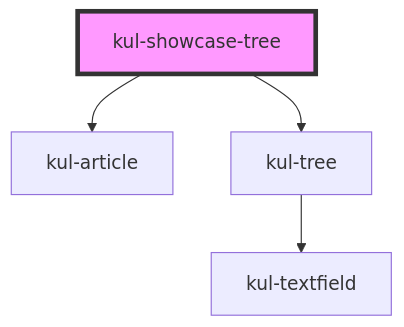
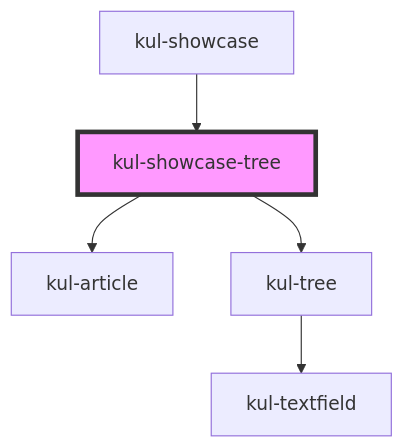
Before and after one commit to lucafoscili/ketchup-lite: the diagram in packages/ketchup-lite/src/components/kul-showcase/components/tree/readme.md, drawn with Mermaid. The commit also changed other lines of this file and 45 other files, not shown here.

````diff
--- a/packages/ketchup-lite/src/components/kul-showcase/components/tree/readme.md
+++ b/packages/ketchup-lite/src/components/kul-showcase/components/tree/readme.md
@@ -24,7 +28,8 @@
 ```mermaid
 graph TD;
   kul-showcase-tree --> kul-article
   kul-showcase-tree --> kul-tree
   kul-tree --> kul-textfield
+  kul-showcase --> kul-showcase-tree
   style kul-showcase-tree fill:#f9f,stroke:#333,stroke-width:4px
 ```
````
